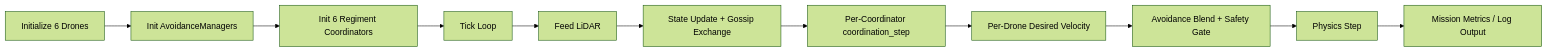
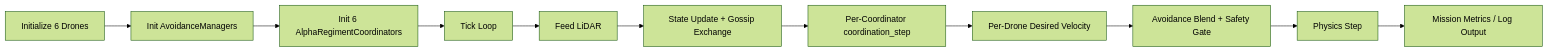
Before and after one commit to aniket-27507/Sanjay_MK2: the fourth of 4 diagrams in README.md, drawn with Mermaid (forest theme). The commit also changed other lines of this file, not shown here.

````diff
--- a/README.md
+++ b/README.md
@@ -121,13 +95,13 @@
 ```mermaid
 flowchart LR
     A["Initialize 6 Drones"] --> B["Init AvoidanceManagers"]
-    B --> C["Init 6 Regiment Coordinators"]
+    B --> C["Init 6 AlphaRegimentCoordinators"]
     C --> D["Tick Loop"]
     D --> E["Feed LiDAR"]
     E --> F["State Update + Gossip Exchange"]
     F --> G["Per-Coordinator coordination_step"]
     G --> H["Per-Drone Desired Velocity"]
     H --> I["Avoidance Blend + Safety Gate"]
     I --> J["Physics Step"]
     J --> K["Mission Metrics / Log Output"]
 ```
````
